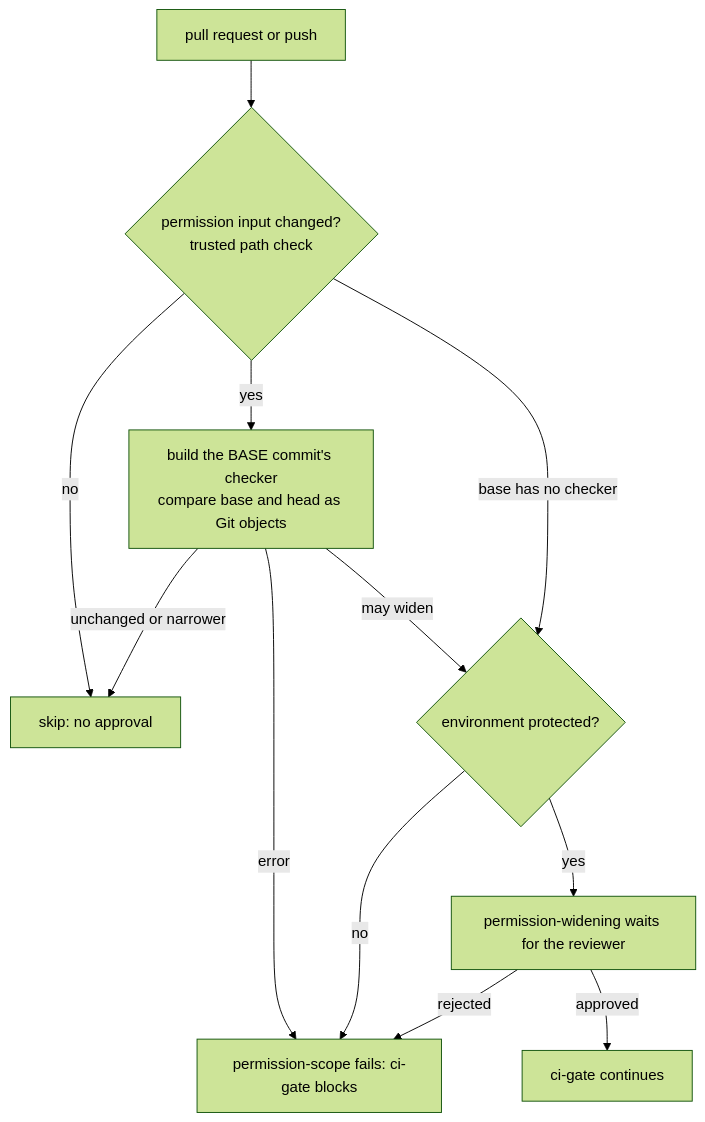
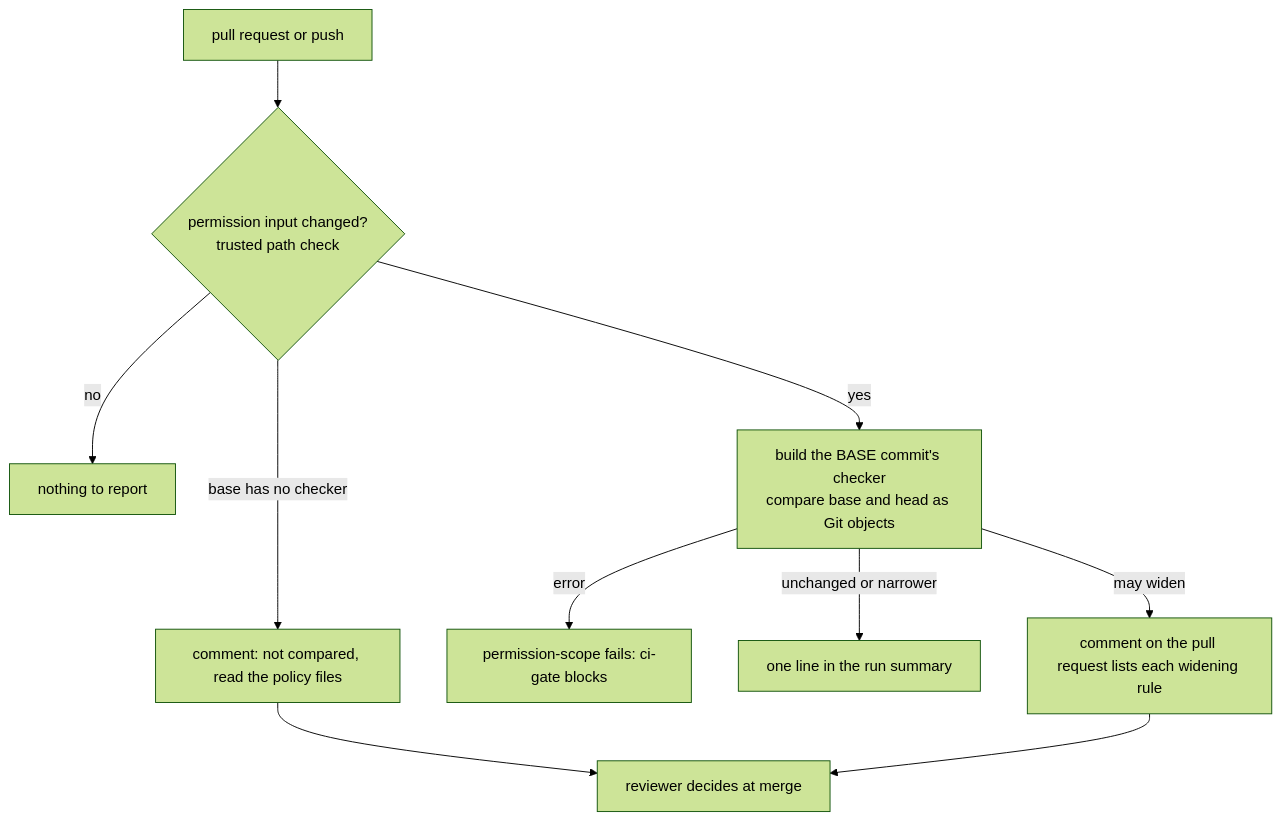
The tenth of 10 diagrams in docs/topics/ci-cd.md (yankeeinlondon/rusty-biscuit), drawn with Mermaid (forest theme) before and after one commit. The commit also changed other lines of this file and 13 other files, not shown here.

First line of the commit message:
fix(ci): report permission widening on the pull request instead of gating it

````diff
--- a/docs/topics/ci-cd.md
+++ b/docs/topics/ci-cd.md
@@ -1282,14 +1296,12 @@
 ```mermaid
 flowchart TD
     A[pull request or push] --> B{permission input changed?<br/>trusted path check}
-    B -- no --> S[skip: no approval]
+    B -- no --> S[nothing to report]
     B -- yes --> C[build the BASE commit's checker<br/>compare base and head as Git objects]
+    B -- base has no checker --> U[comment: not compared, read the policy files]
     C -- error --> F[permission-scope fails: ci-gate blocks]
-    C -- unchanged or narrower --> S
-    C -- may widen --> V{environment protected?}
-    B -- base has no checker --> V
-    V -- no --> F
-    V -- yes --> W[permission-widening waits for the reviewer]
-    W -- approved --> G[ci-gate continues]
-    W -- rejected --> F
+    C -- unchanged or narrower --> M[one line in the run summary]
+    C -- may widen --> W[comment on the pull request lists each widening rule]
+    U --> G[reviewer decides at merge]
+    W --> G
 ```
````
